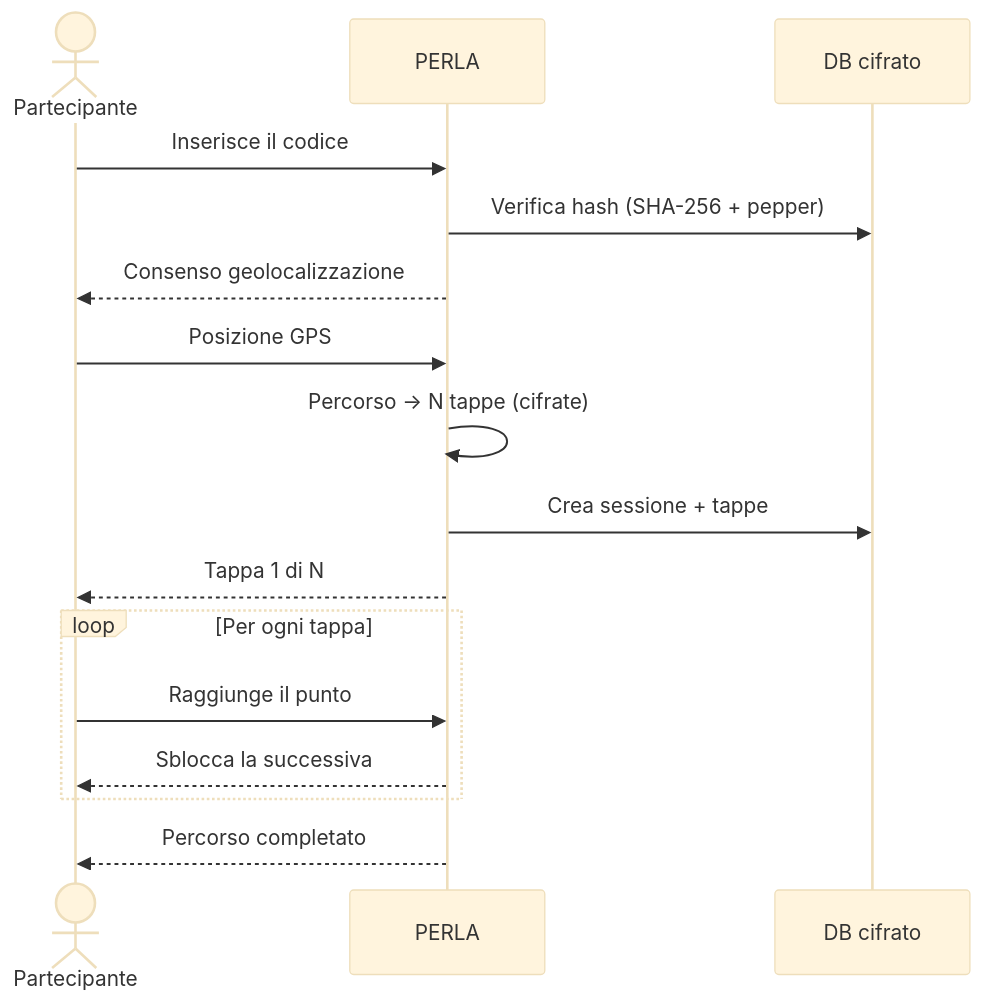
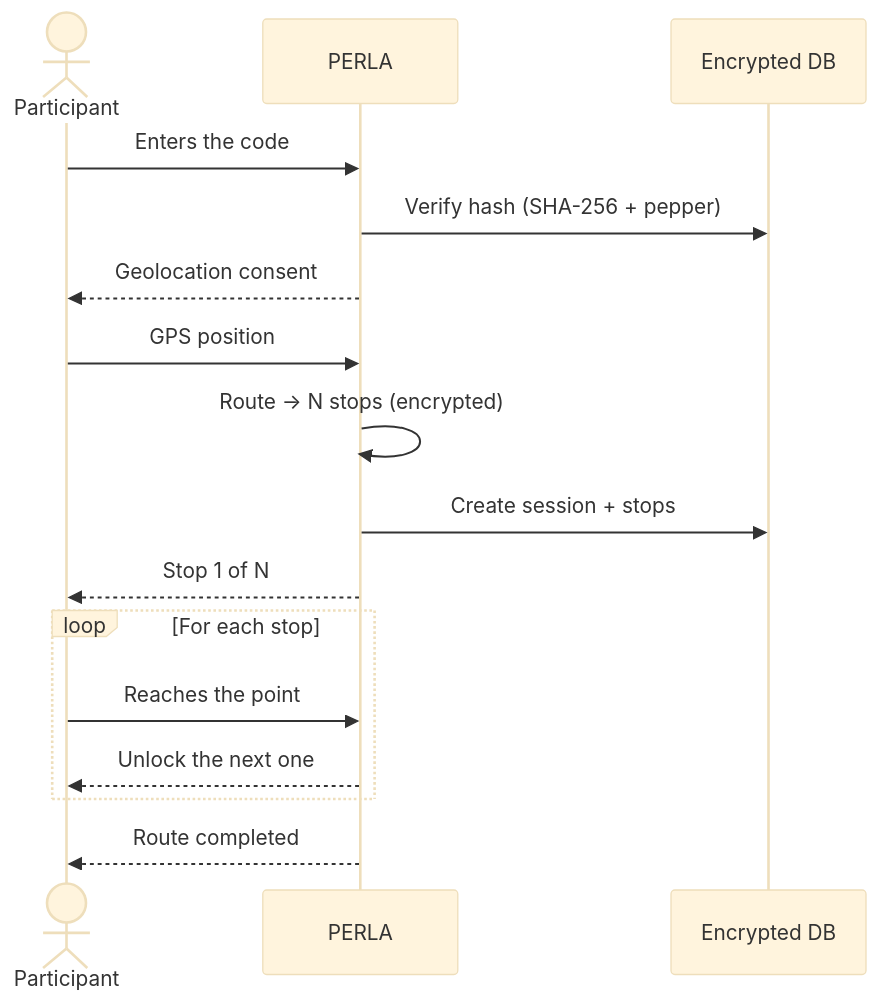
The second of 2 diagrams in docs/wiki/Architecture.md (NetsukiiDev/Perla), drawn with Mermaid (base theme) before and after one commit. The commit also changed other lines of this file and 23 other files, not shown here.

````diff
--- a/docs/wiki/Architecture.md
+++ b/docs/wiki/Architecture.md
@@ -30,18 +30,18 @@
 ```mermaid
 sequenceDiagram
-  actor U as Partecipante
+  actor U as Participant
   participant W as PERLA
-  participant DB as DB cifrato
-  U->>W: Inserisce il codice
-  W->>DB: Verifica hash (SHA-256 + pepper)
-  W-->>U: Consenso geolocalizzazione
-  U->>W: Posizione GPS
-  W->>W: Percorso -> N tappe (cifrate)
-  W->>DB: Crea sessione + tappe
-  W-->>U: Tappa 1 di N
-  loop Per ogni tappa
-    U->>W: Raggiunge il punto
-    W-->>U: Sblocca la successiva
+  participant DB as Encrypted DB
+  U->>W: Enters the code
+  W->>DB: Verify hash (SHA-256 + pepper)
+  W-->>U: Geolocation consent
+  U->>W: GPS position
+  W->>W: Route -> N stops (encrypted)
+  W->>DB: Create session + stops
+  W-->>U: Stop 1 of N
+  loop For each stop
+    U->>W: Reaches the point
+    W-->>U: Unlock the next one
   end
-  W-->>U: Percorso completato
+  W-->>U: Route completed
 ```
````
